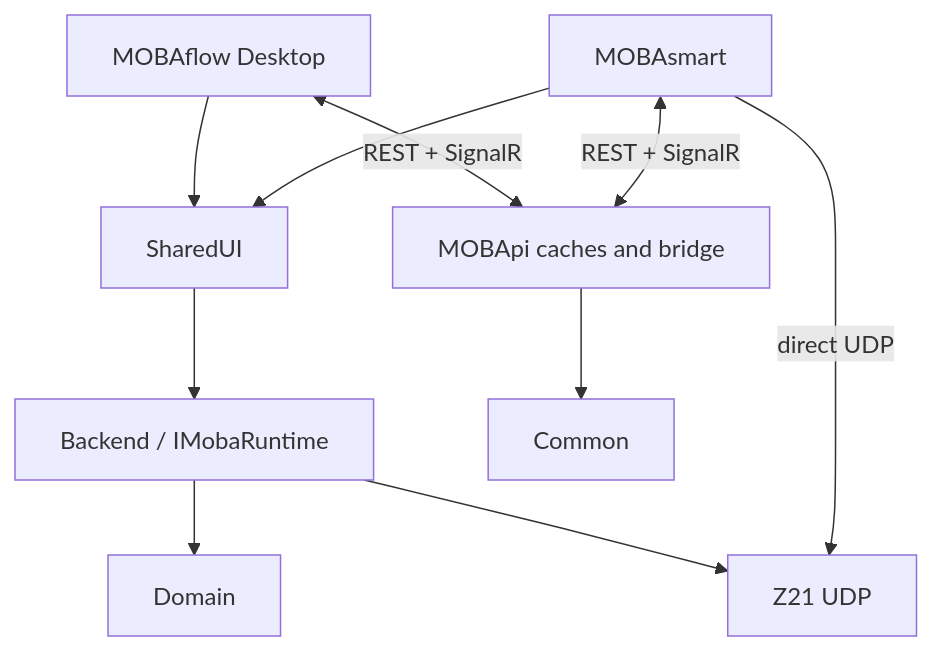
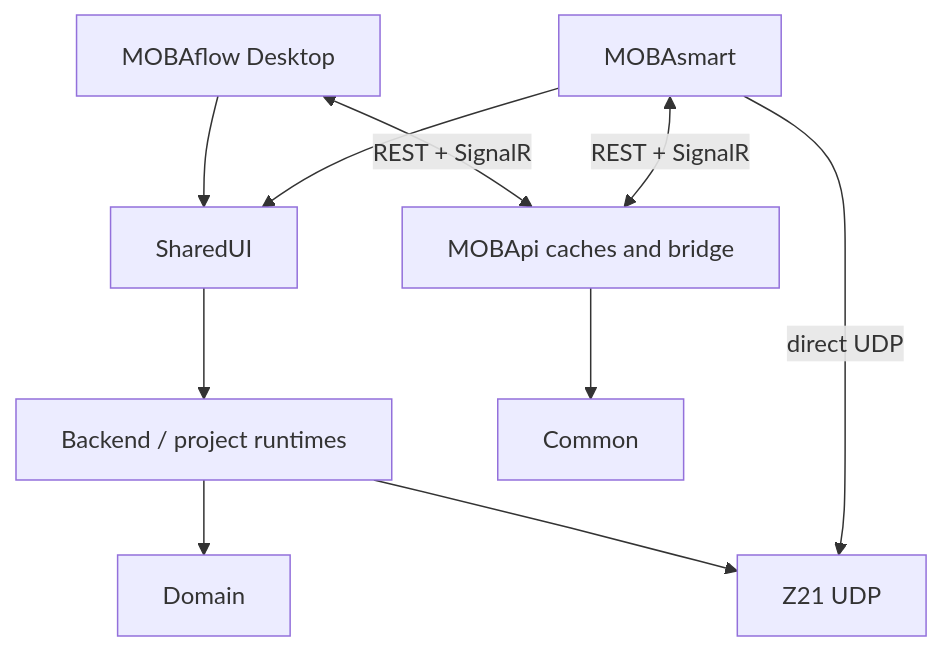
One commit to ahuelsmann/MOBAflow changed the first of 5 diagrams in docs/ARCHITECTURE.md. Above: the diagram before and after it, drawn with Mermaid. The commit also changed other lines of this file and 8 other files, not shown here.

````diff
--- a/docs/ARCHITECTURE.md
+++ b/docs/ARCHITECTURE.md
@@ -13,12 +13,12 @@
 ```mermaid
 flowchart TD
     WinUI["MOBAflow Desktop"] --> SharedUI
     MAUI["MOBAsmart"] --> SharedUI
-    SharedUI --> Runtime["Backend / IMobaRuntime"]
+    SharedUI --> Runtime["Backend / project runtimes"]
     Runtime --> Domain
     Runtime --> Z21["Z21 UDP"]
     WinUI <-->|"REST + SignalR"| API["MOBApi caches and bridge"]
     MAUI <-->|"REST + SignalR"| API
     MAUI -->|"direct UDP"| Z21
     API --> Common
 ```
````
